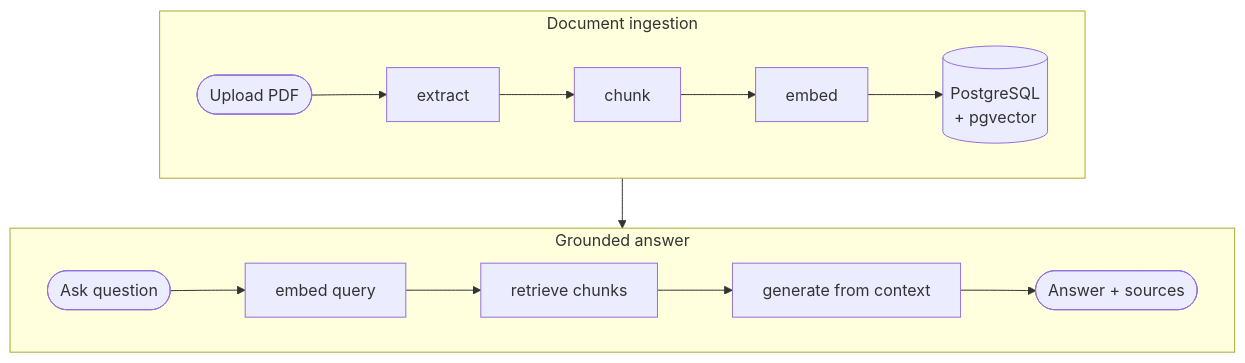
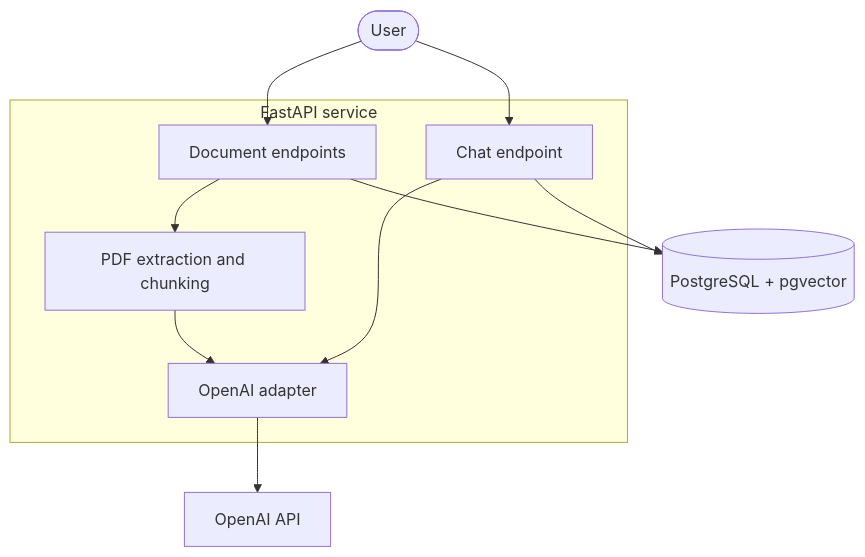
The diagram in examples/rag-chatbot/design.md (owainlewis/blueprint), drawn with Mermaid before and after one commit. The commit also changed other lines of this file and 10 other files, not shown here.

Commit message:
feat(architecture): separate current state from design specs

````diff
--- a/examples/rag-chatbot/design.md
+++ b/examples/rag-chatbot/design.md
@@ -35,14 +19,17 @@
 ```mermaid
 flowchart TB
-    subgraph Ingest["Document ingestion"]
-        direction LR
-        Upload([Upload PDF]) --> Extract["extract"] --> Chunk["chunk"] --> Embed["embed"] --> Store[("PostgreSQL<br/>+ pgvector")]
+    subgraph API["FastAPI service"]
+        Upload["Document endpoints"]
+        Chat["Chat endpoint"]
+        Extract["PDF extraction and chunking"]
+        Provider["OpenAI adapter"]
     end
 
-    subgraph Answer["Grounded answer"]
-        direction LR
-        Question([Ask question]) --> Query["embed query"] --> Retrieve["retrieve chunks"] --> Generate["generate from context"] --> Response([Answer + sources])
-    end
-
-    Store --> Retrieve
+    User([User]) --> Upload
+    User --> Chat
+    Upload --> Extract --> Provider
+    Chat --> Provider
+    Upload --> DB[("PostgreSQL + pgvector")]
+    Chat --> DB
+    Provider --> OpenAI["OpenAI API"]
 ```
````
